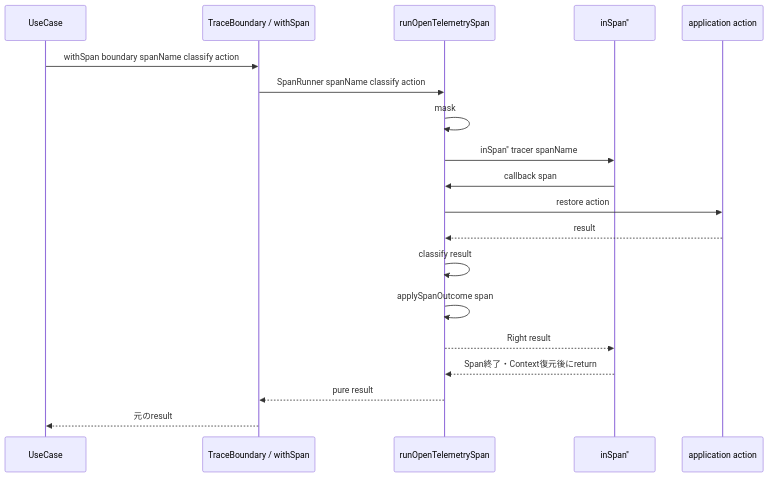
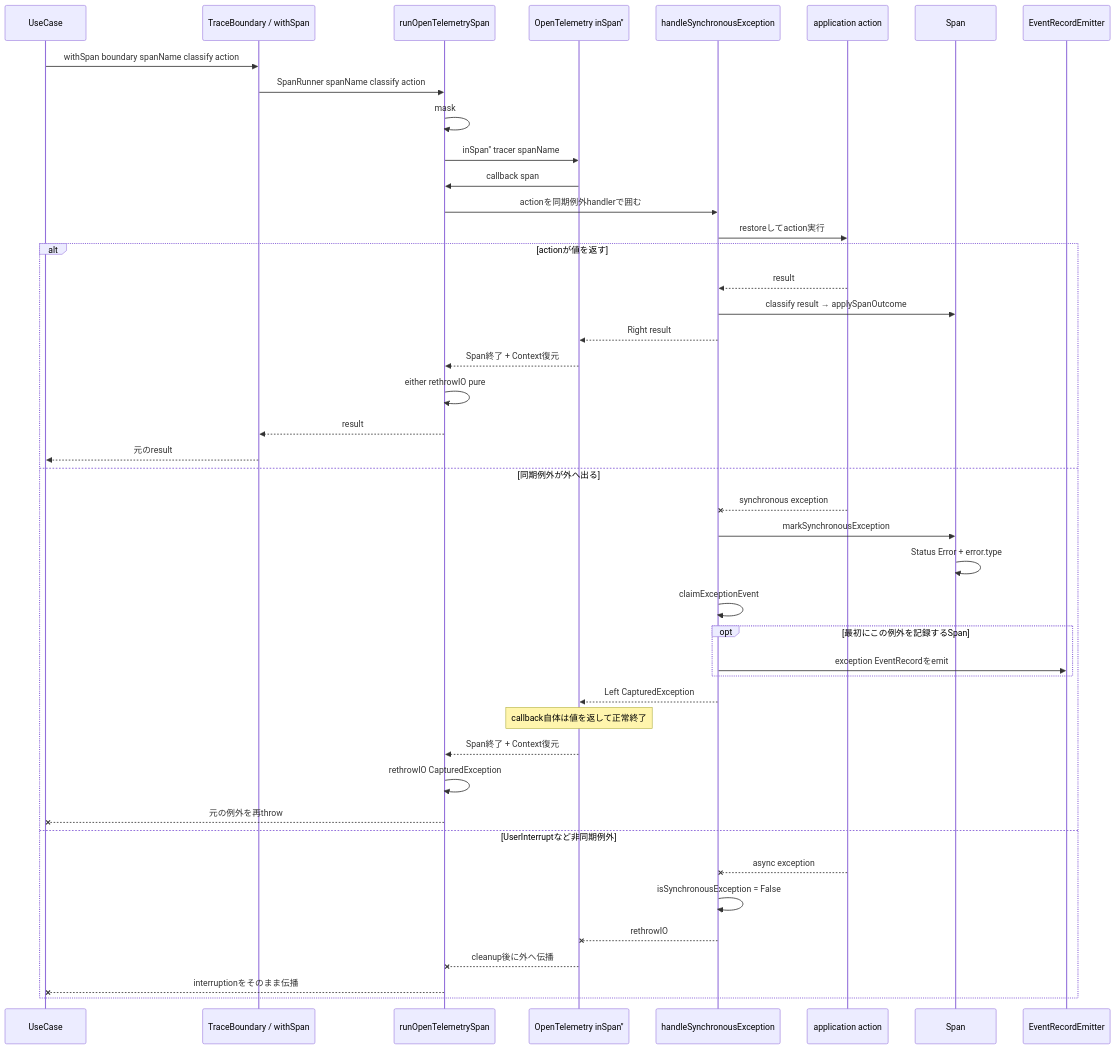
Before and after one commit to takashit16833/Workbench: the second of 2 diagrams in Notes/RAGScope/RAGScopeアプリケーション/mkOpenTelemetryTraceBoundaryとTrace Adapter実行フロー.md, drawn with Mermaid. The commit also changed other lines of this file, not shown here.

Commit message:
簡潔化 mkOpenTelemetryTraceBoundary読解ノート

````diff
--- a/Notes/RAGScope/RAGScopeアプリケーション/mkOpenTelemetryTraceBoundaryとTrace Adapter実行フロー.md
+++ b/Notes/RAGScope/RAGScopeアプリケーション/mkOpenTelemetryTraceBoundaryとTrace Adapter実行フロー.md
@@ -263,22 +188,48 @@
 ```mermaid
 sequenceDiagram
     participant U as UseCase
     participant B as TraceBoundary / withSpan
     participant R as runOpenTelemetrySpan
-    participant O as inSpan''
+    participant O as OpenTelemetry inSpan''
+    participant H as handleSynchronousException
     participant A as application action
+    participant S as Span
+    participant E as EventRecordEmitter
 
     U->>B: withSpan boundary spanName classify action
     B->>R: SpanRunner spanName classify action
     R->>R: mask
     R->>O: inSpan'' tracer spanName
     O->>R: callback span
-    R->>A: restore action
-    A-->>R: result
-    R->>R: classify result
-    R->>R: applySpanOutcome span
-    R-->>O: Right result
-    O-->>R: Span終了・Context復元後にreturn
-    R-->>B: pure result
-    B-->>U: 元のresult
+    R->>H: actionを同期例外handlerで囲む
+    H->>A: restoreしてaction実行
+
+    alt actionが値を返す
+        A-->>H: result
+        H->>S: classify result → applySpanOutcome
+        H-->>O: Right result
+        O-->>R: Span終了 + Context復元
+        R->>R: either rethrowIO pure
+        R-->>B: result
+        B-->>U: 元のresult
+    else 同期例外が外へ出る
+        A--xH: synchronous exception
+        H->>S: markSynchronousException
+        S->>S: Status Error + error.type
+        H->>H: claimExceptionEvent
+        opt 最初にこの例外を記録するSpan
+            H->>E: exception EventRecordをemit
+        end
+        H-->>O: Left CapturedException
+        Note over O: callback自体は値を返して正常終了
+        O-->>R: Span終了 + Context復元
+        R->>R: rethrowIO CapturedException
+        R--xU: 元の例外を再throw
+    else UserInterruptなど非同期例外
+        A--xH: async exception
+        H->>H: isSynchronousException = False
+        H--xO: rethrowIO
+        O--xR: cleanup後に外へ伝播
+        R--xU: interruptionをそのまま伝播
+    end
 ```
````
